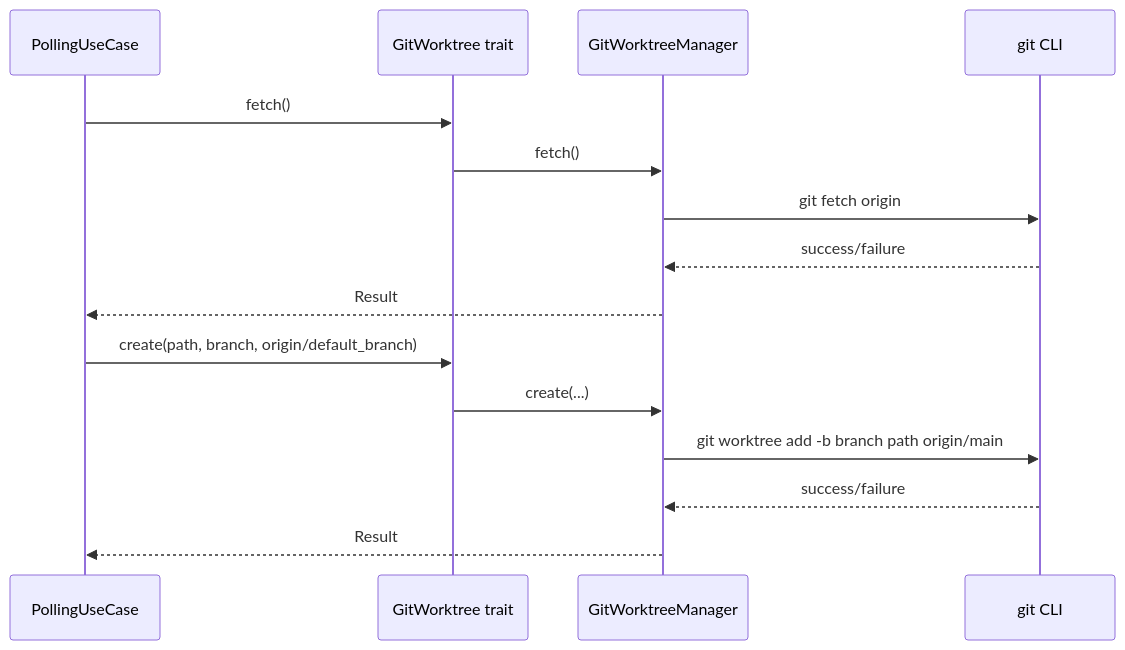
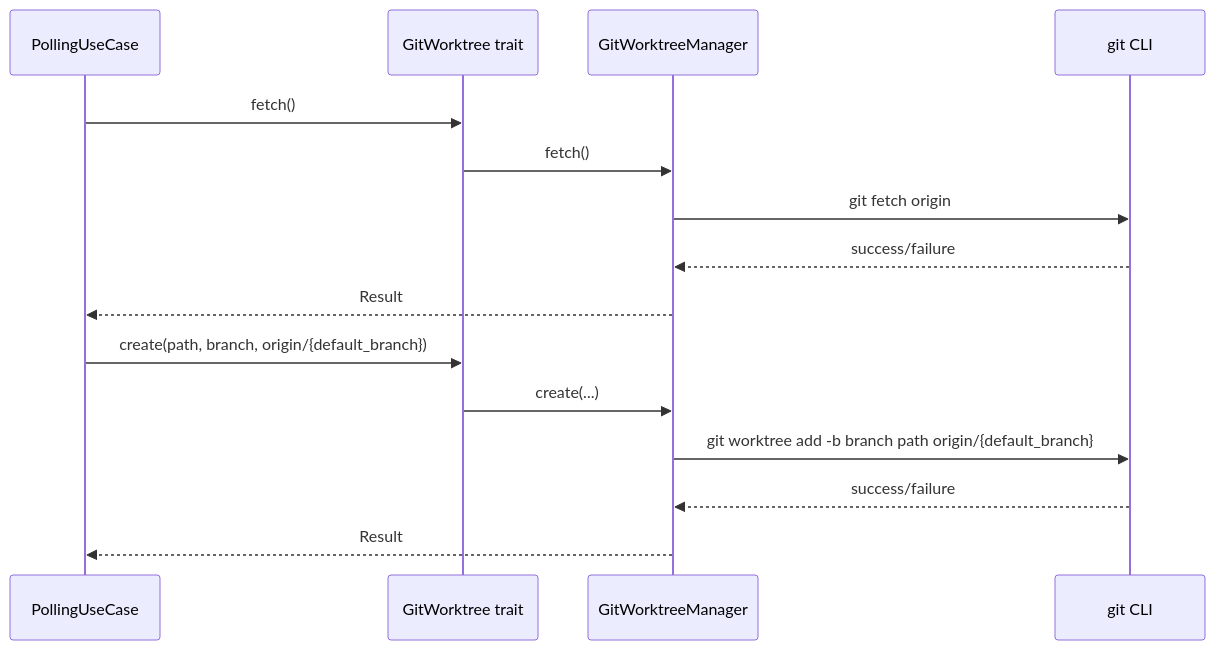
One commit to kyuki3rain/cupola changed the diagram in .cupola/specs/worktree-origin-start-point/design.md. Above: the diagram before and after it, drawn with Mermaid.

Commit message:
fix: address review comments

````diff
--- a/.cupola/specs/worktree-origin-start-point/design.md
+++ b/.cupola/specs/worktree-origin-start-point/design.md
@@ -35,18 +35,18 @@
 ```mermaid
 sequenceDiagram
     participant PUC as PollingUseCase
     participant GW as GitWorktree trait
     participant GWM as GitWorktreeManager
     participant Git as git CLI
 
     PUC->>GW: fetch()
     GW->>GWM: fetch()
     GWM->>Git: git fetch origin
     Git-->>GWM: success/failure
     GWM-->>PUC: Result
-    PUC->>GW: create(path, branch, origin/default_branch)
+    PUC->>GW: create(path, branch, origin/{default_branch})
     GW->>GWM: create(...)
-    GWM->>Git: git worktree add -b branch path origin/main
+    GWM->>Git: git worktree add -b branch path origin/{default_branch}
     Git-->>GWM: success/failure
     GWM-->>PUC: Result
 ```
````
